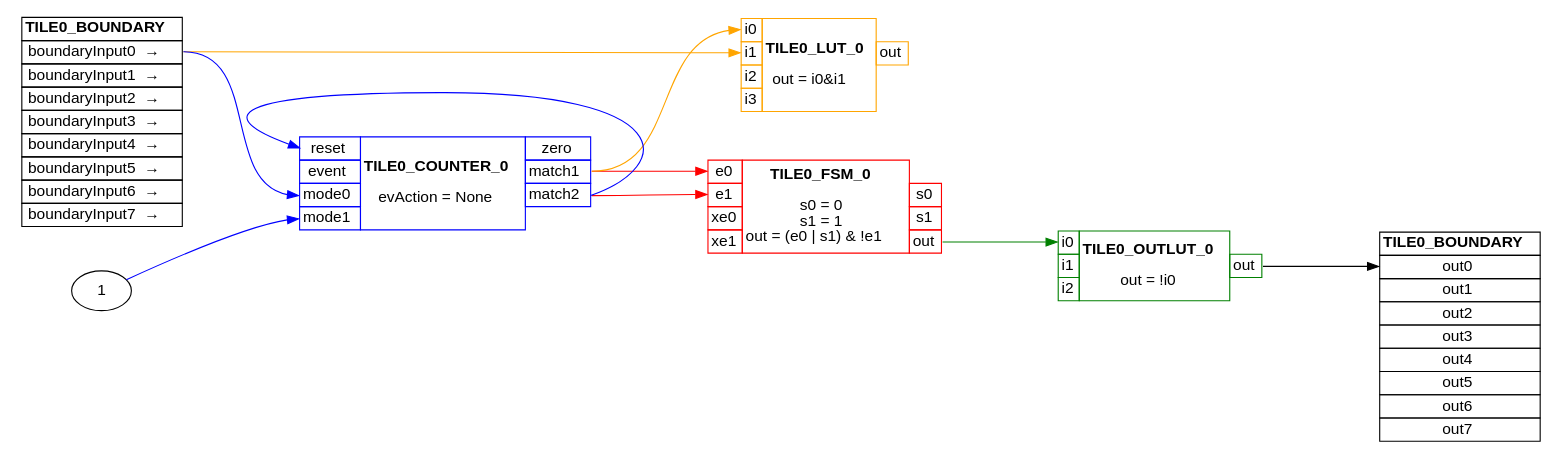
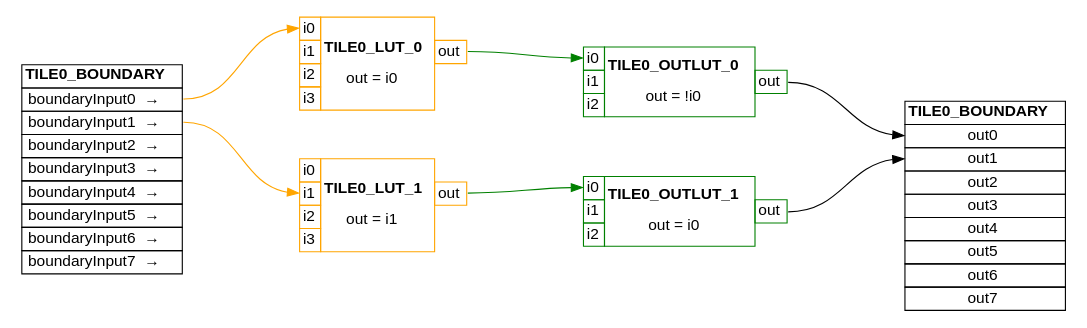
The diagram in CPU1_FLASH/syscfg/clb.dot (Thavi123/Avartan_AICI_Project), drawn with Graphviz before and after one commit. The commit also changed 21 other files, not shown here.

```diff
--- a/CPU1_FLASH/syscfg/clb.dot
+++ b/CPU1_FLASH/syscfg/clb.dot
@@ -1,96 +1,92 @@
 
 digraph {
     graph [fontname = "helvetica"];
     node  [fontname = "helvetica"];
     edge  [fontname = "helvetica"];
     graph [mclimit=50 nodesep=0.5 rankdir=LR ranksep=1.25]
 
 
     TILE0_OUTLUT_0 [label= <<TABLE BORDER='0' CELLBORDER='1' CELLSPACING='0'>
                        <TR><TD PORT='i0'>i0</TD><TD ROWSPAN='4'><b>TILE0_OUTLUT_0</b><br/><br/>out = !i0</TD></TR>
                        <TR><TD PORT='i1'>i1</TD><TD PORT='out'>out</TD></TR>
                        <TR><TD PORT='i2'>i2</TD></TR>
                    </TABLE>> color=green shape=plaintext]
     TILE0_OUTLUT_0:out:e -> TILE0_BOUNDARY_OUT:out0:w [color=black]
 
-    TILE0_FSM_0:OUT:e -> TILE0_OUTLUT_0:i0:w [color=green]
+    TILE0_LUT_0:OUT:e -> TILE0_OUTLUT_0:i0:w [color=green]
 
+    TILE0_OUTLUT_1 [label= <<TABLE BORDER='0' CELLBORDER='1' CELLSPACING='0'>
+                       <TR><TD PORT='i0'>i0</TD><TD ROWSPAN='4'><b>TILE0_OUTLUT_1</b><br/><br/>out = i0</TD></TR>
+                       <TR><TD PORT='i1'>i1</TD><TD PORT='out'>out</TD></TR>
+                       <TR><TD PORT='i2'>i2</TD></TR>
+                   </TABLE>> color=green shape=plaintext]
+    TILE0_OUTLUT_1:out:e -> TILE0_BOUNDARY_OUT:out1:w [color=black]
+
+    TILE0_LUT_1:OUT:e -> TILE0_OUTLUT_1:i0:w [color=green]
 
 
 
 
 
 
 
 
 
 
     TILE0_LUT_0 [label= <<TABLE BORDER='0' CELLBORDER='1' CELLSPACING='0'>
-                       <TR><TD PORT='i0'>i0</TD><TD ROWSPAN='4'><b>TILE0_LUT_0</b><br/><br/>out = i0&amp;i1 </TD></TR>
+                       <TR><TD PORT='i0'>i0</TD><TD ROWSPAN='4'><b>TILE0_LUT_0</b><br/><br/>out = i0</TD></TR>
                        <TR><TD PORT='i1'>i1</TD><TD PORT='out'>out</TD></TR>
                        <TR><TD PORT='i2'>i2</TD></TR>
                        <TR><TD PORT='i3'>i3</TD></TR>
                    </TABLE>> color=orange shape=plaintext]
 
-    TILE0_COUNTER_0:count_match1:e -> TILE0_LUT_0:i0:w [color=orange]
-    TILE0_BOUNDARY:in0:e -> TILE0_LUT_0:i1:w [color=orange]
+    TILE0_BOUNDARY:in0:e -> TILE0_LUT_0:i0:w [color=orange]
+
+    TILE0_LUT_1 [label= <<TABLE BORDER='0' CELLBORDER='1' CELLSPACING='0'>
+                       <TR><TD PORT='i0'>i0</TD><TD ROWSPAN='4'><b>TILE0_LUT_1</b><br/><br/>out = i1</TD></TR>
+                       <TR><TD PORT='i1'>i1</TD><TD PORT='out'>out</TD></TR>
+                       <TR><TD PORT='i2'>i2</TD></TR>
+                       <TR><TD PORT='i3'>i3</TD></TR>
+                   </TABLE>> color=orange shape=plaintext]
+
+    TILE0_BOUNDARY:in1:e -> TILE0_LUT_1:i1:w [color=orange]
 
 
 
 
-    TILE0_FSM_0 [label=<<TABLE BORDER='0' CELLBORDER='1' CELLSPACING='0'>
-                      <TR><TD PORT='e0'>e0</TD><TD ROWSPAN='4'><b>TILE0_FSM_0</b><br/><br/>s0 = 0<br/>s1 = 1<br/>out = (e0 | s1) &amp; !e1</TD></TR>
-                      <TR><TD PORT='e1'>e1</TD><TD PORT='s0'>s0</TD></TR>
-                      <TR><TD PORT='xe0'>xe0</TD><TD PORT='s1'>s1</TD></TR>
-                      <TR><TD PORT='xe1'>xe1</TD><TD PORT='out'>out</TD></TR>
-                   </TABLE>> color=red shape=plaintext]
-
-    TILE0_COUNTER_0:count_match1:e -> TILE0_FSM_0:e0:w [color=red]
-    TILE0_COUNTER_0:count_match2:e -> TILE0_FSM_0:e1:w [color=red]
 
 
 
-
-    TILE0_COUNTER_0 [label=<<TABLE BORDER='0' CELLBORDER='1' CELLSPACING='0'>
-                    <TR><TD PORT='reset'>reset</TD><TD ROWSPAN='4'><b>TILE0_COUNTER_0</b><br/><br/>evAction = None</TD><TD PORT='count_zero'>zero</TD></TR>
-                    <TR><TD PORT='event'>event</TD><TD PORT='count_match1'>match1</TD></TR>
-                    <TR><TD PORT='mode0'>mode0</TD><TD PORT='count_match2'>match2</TD></TR>
-                    <TR><TD PORT='mode1'>mode1</TD></TR>
-               </TABLE>> color=blue shape=plaintext]
-
-    TILE0_COUNTER_0:count_match2:e -> TILE0_COUNTER_0:reset:w [color=blue]
-    TILE0_BOUNDARY:in0:e -> TILE0_COUNTER_0:mode0:w [color=blue]
-    1 -> TILE0_COUNTER_0:mode1:w [color=blue]
 
 
 
 
 
 
     TILE0_BOUNDARY [label= <<TABLE BORDER='0' CELLBORDER='1' CELLSPACING='0'>
                        <TR><TD><b>TILE0_BOUNDARY</b></TD></TR>
                        <TR><TD PORT='in0'>boundaryInput0  &#x2192;</TD></TR>
                        <TR><TD PORT='in1'>boundaryInput1  &#x2192;</TD></TR>
                        <TR><TD PORT='in2'>boundaryInput2  &#x2192;</TD></TR>
                        <TR><TD PORT='in3'>boundaryInput3  &#x2192;</TD></TR>
                        <TR><TD PORT='in4'>boundaryInput4  &#x2192;</TD></TR>
                        <TR><TD PORT='in5'>boundaryInput5  &#x2192;</TD></TR>
                        <TR><TD PORT='in6'>boundaryInput6  &#x2192;</TD></TR>
                        <TR><TD PORT='in7'>boundaryInput7  &#x2192;</TD></TR>
                    </TABLE>> color=black shape=plaintext]
 
     TILE0_BOUNDARY_OUT [label= <<TABLE BORDER='0' CELLBORDER='1' CELLSPACING='0'>
                        <TR><TD><b>TILE0_BOUNDARY</b></TD></TR>
                        <TR><TD PORT='out0'>out0</TD></TR>
                        <TR><TD PORT='out1'>out1</TD></TR>
                        <TR><TD PORT='out2'>out2</TD></TR>
                        <TR><TD PORT='out3'>out3</TD></TR>
                        <TR><TD PORT='out4'>out4</TD></TR>
                        <TR><TD PORT='out5'>out5</TD></TR>
                        <TR><TD PORT='out6'>out6</TD></TR>
                        <TR><TD PORT='out7'>out7</TD></TR>
                    </TABLE>> color=black shape=plaintext]
 
 
 
 }
```
